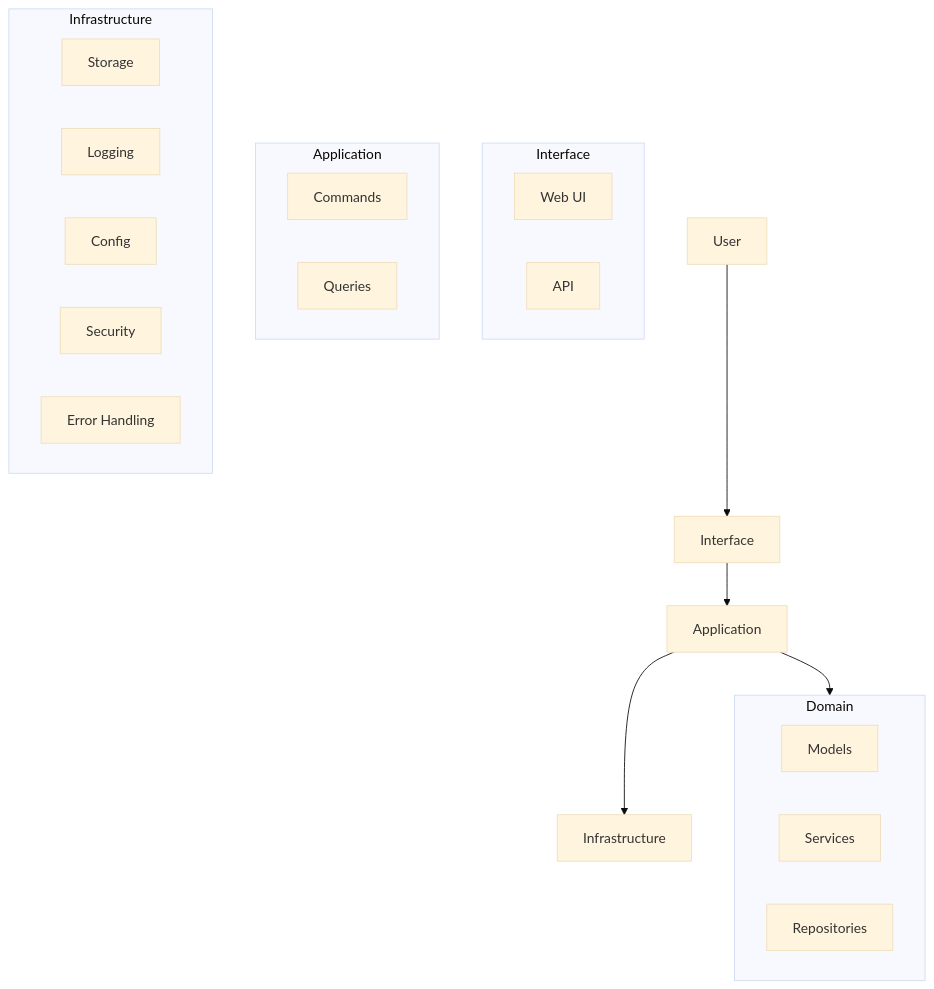
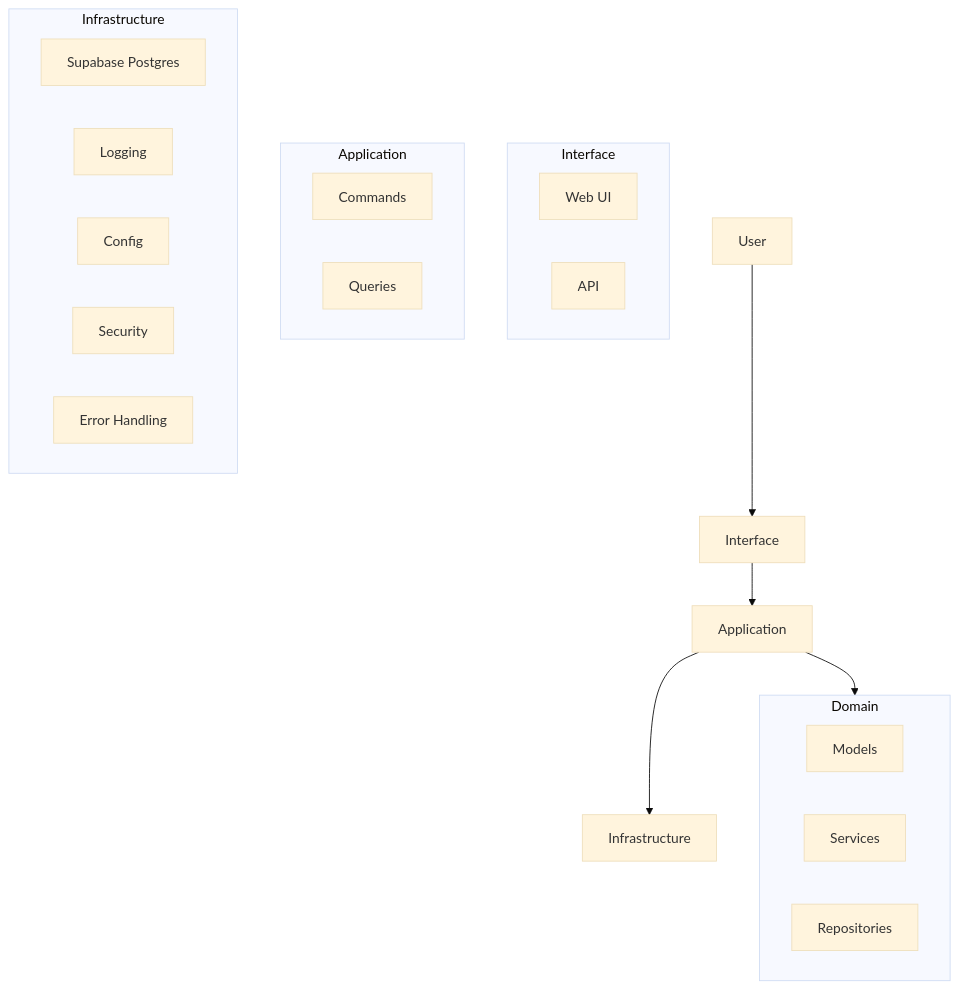
One commit to erfianugrah/pastebin changed the second of 9 diagrams in README.md. Above: the diagram before and after it, drawn with Mermaid (base theme). The commit also changed other lines of this file and 14 other files, not shown here.

````diff
--- a/README.md
+++ b/README.md
@@ -85,31 +85,31 @@
 ```mermaid
 graph TD
     User[User] --> UI[Interface]
     UI --> App[Application]
     App --> Domain[Domain]
     App --> Infra[Infrastructure]
     
     subgraph "Interface"
       Web[Web UI]
       API[API]
     end
     
     subgraph "Application"
       Cmd[Commands]
       Qry[Queries]
     end
     
     subgraph "Domain"
       Model[Models]
       Svc[Services]
       Repo[Repositories]
     end
     
     subgraph "Infrastructure"
-      KV[Storage]
+      DB[Supabase Postgres]
       Log[Logging]
       Cfg[Config]
       Sec[Security]
       Err[Error Handling]
     end
 ```
````
